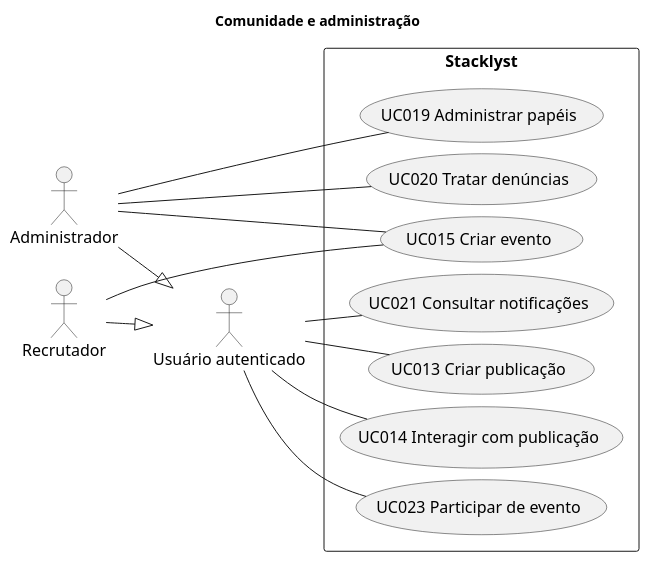
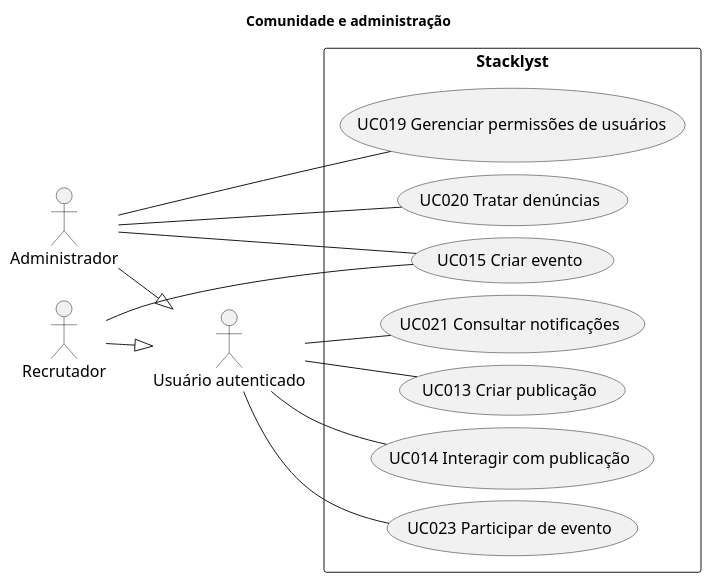
One commit to pedrotescaro/Stacklyst changed the diagram in docs/laboratorio-engenharia-software/diagramas/fontes/casos-comunidade.puml. Above: the diagram before and after it, drawn with PlantUML. The commit also changed 11 other files, not shown here.

```diff
--- a/docs/laboratorio-engenharia-software/diagramas/fontes/casos-comunidade.puml
+++ b/docs/laboratorio-engenharia-software/diagramas/fontes/casos-comunidade.puml
@@ -1,32 +1,32 @@
 @startuml
 title Comunidade e administração
 left to right direction
 skinparam monochrome true
 skinparam shadowing false
 skinparam defaultFontName Arial
 skinparam defaultFontSize 16
 skinparam nodesep 12
 skinparam ranksep 35
 actor "Usuário autenticado" as Usuario
 actor Administrador
 actor Recrutador
 rectangle Stacklyst {
   usecase "UC013 Criar publicação" as UC013
   usecase "UC014 Interagir com publicação" as UC014
   usecase "UC015 Criar evento" as UC015
   usecase "UC023 Participar de evento" as UC023
-  usecase "UC019 Administrar papéis" as UC019
+  usecase "UC019 Gerenciar permissões de usuários" as UC019
   usecase "UC020 Tratar denúncias" as UC020
   usecase "UC021 Consultar notificações" as UC021
 }
 Usuario -- UC013
 Usuario -- UC014
 Usuario -- UC021
 Usuario -- UC023
 Administrador -- UC015
 Administrador -- UC019
 Administrador -- UC020
 Recrutador -- UC015
 Administrador --|> Usuario
 Recrutador --|> Usuario
 @enduml
```
